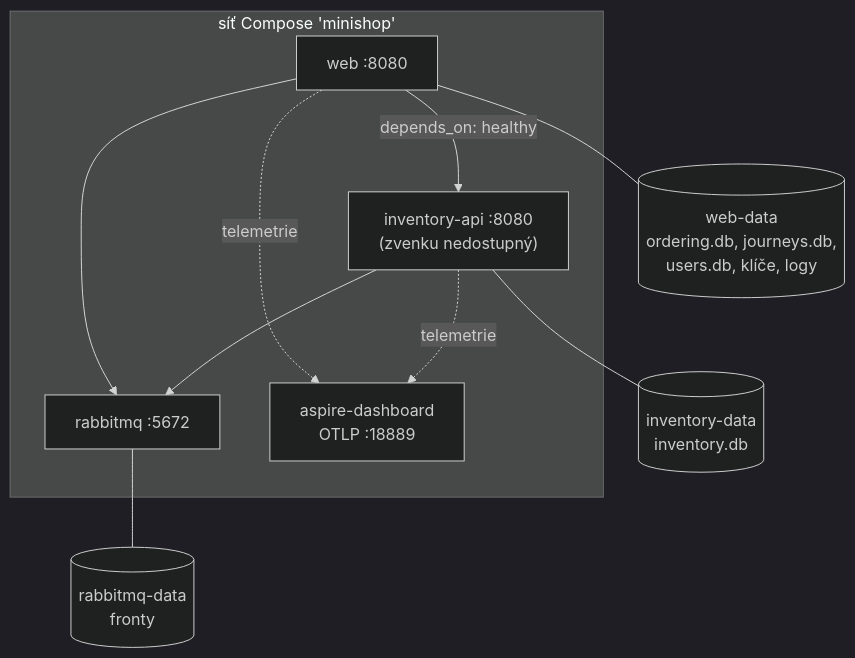
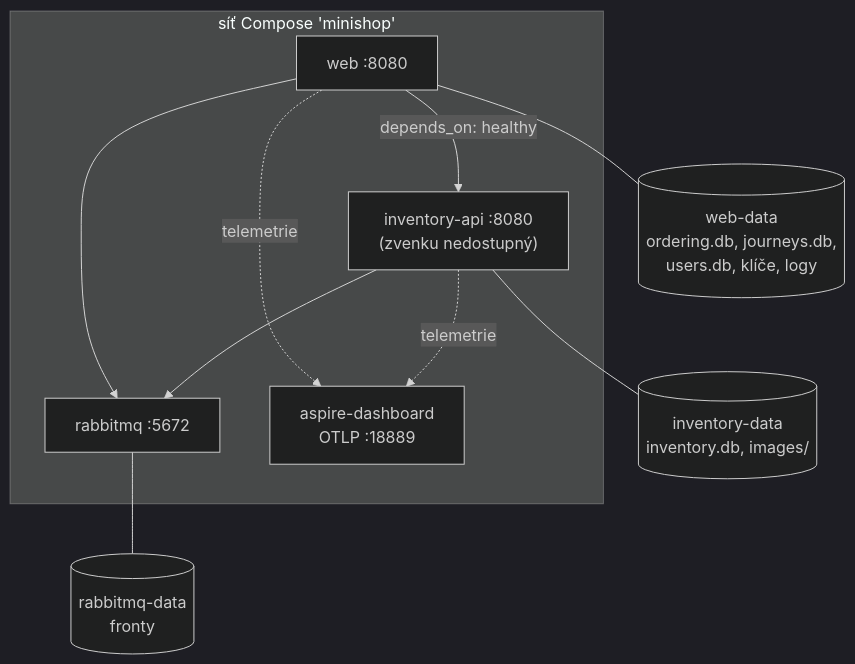
Before and after one commit to ftichy/MiniShop: the second of 2 diagrams in docs/prirucka/nasazeni/kontejnery.md, drawn with Mermaid (dark theme). The commit also changed 47 other files, not shown here.

````diff
--- a/docs/prirucka/nasazeni/kontejnery.md
+++ b/docs/prirucka/nasazeni/kontejnery.md
@@ -43,20 +43,20 @@
 ```mermaid
 flowchart TB
     subgraph net["síť Compose 'minishop'"]
         web["web :8080"]
         inv["inventory-api :8080<br/>(zvenku nedostupný)"]
         mq["rabbitmq :5672"]
         dash["aspire-dashboard<br/>OTLP :18889"]
     end
     wv[("web-data<br/>ordering.db, journeys.db,<br/>users.db, klíče, logy")]
-    iv[("inventory-data<br/>inventory.db")]
+    iv[("inventory-data<br/>inventory.db, images/")]
     rv[("rabbitmq-data<br/>fronty")]
     web --- wv
     inv --- iv
     mq --- rv
     web -->|"depends_on: healthy"| inv
     web --> mq
     inv --> mq
     web -.->|telemetrie| dash
     inv -.->|telemetrie| dash
 ```
````
